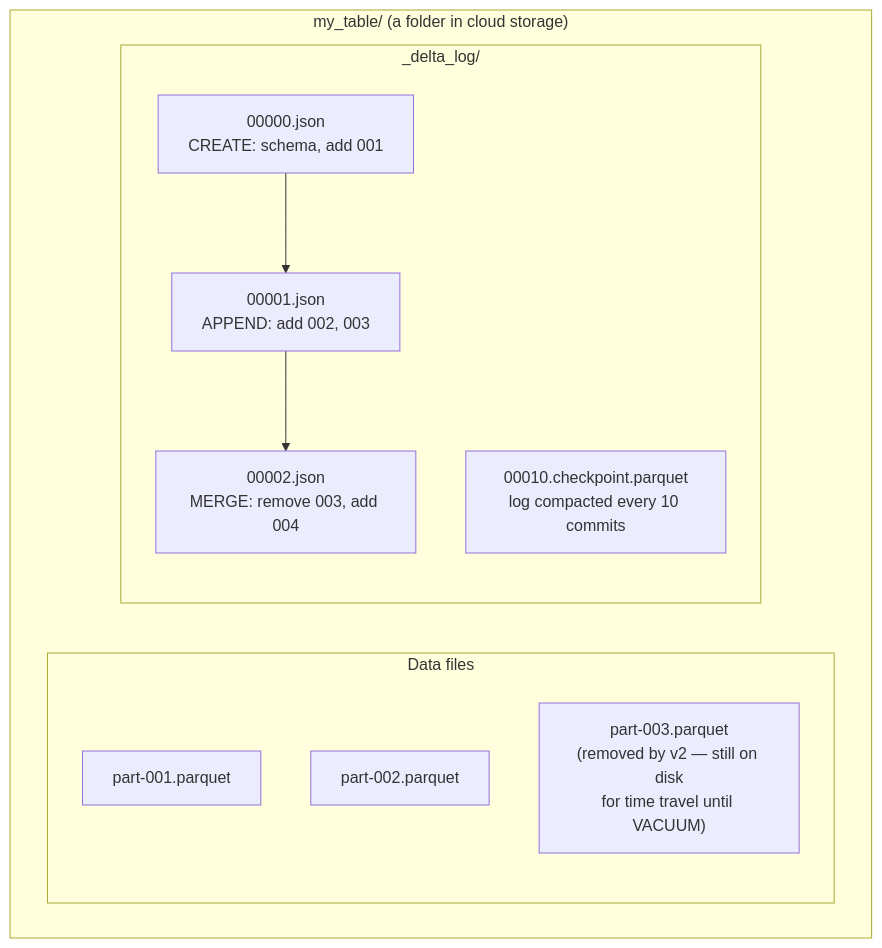
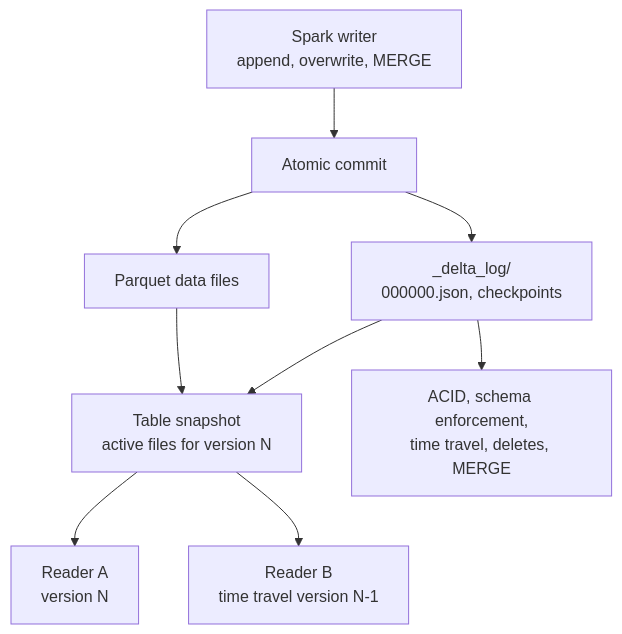
The diagram in diagrams/10_delta_lake_architecture.md (Ishan01official/spark-learning-lab), drawn with Mermaid before and after one commit. The commit also changed other lines of this file and 64 other files, not shown here.

````diff
--- a/diagrams/10_delta_lake_architecture.md
+++ b/diagrams/10_delta_lake_architecture.md
@@ -20,17 +17,14 @@
 ```mermaid
 flowchart TB
-    subgraph Table["my_table/ (a folder in cloud storage)"]
-        subgraph Data["Data files"]
-            F1["part-001.parquet"]
-            F2["part-002.parquet"]
-            F3["part-003.parquet<br/>(removed by v2 — still on disk<br/>for time travel until VACUUM)"]
-        end
-        subgraph Log["_delta_log/"]
-            V0["00000.json<br/>CREATE: schema, add 001"]
-            V1["00001.json<br/>APPEND: add 002, 003"]
-            V2["00002.json<br/>MERGE: remove 003, add 004"]
-            CP["00010.checkpoint.parquet<br/>log compacted every 10 commits"]
-        end
-    end
-    V0 --> V1 --> V2
+    Writer["Spark writer<br/>append, overwrite, MERGE"] --> Commit["Atomic commit"]
+    Commit --> Log["_delta_log/<br/>000000.json, checkpoints"]
+    Commit --> Files["Parquet data files"]
+
+    Log --> Snapshot["Table snapshot<br/>active files for version N"]
+    Files --> Snapshot
+
+    Snapshot --> Reader1["Reader A<br/>version N"]
+    Snapshot --> Reader2["Reader B<br/>time travel version N-1"]
+
+    Log --> Features["ACID, schema enforcement,<br/>time travel, deletes, MERGE"]
 ```
````
